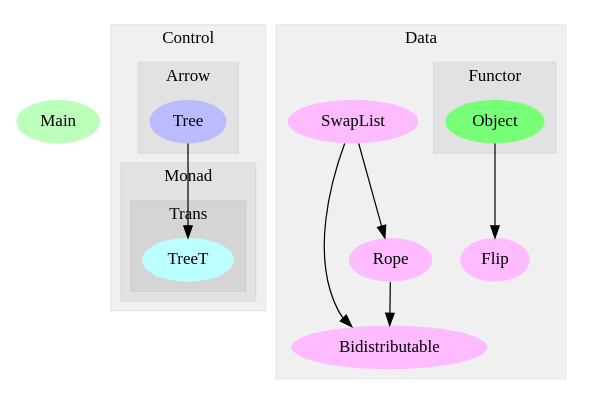
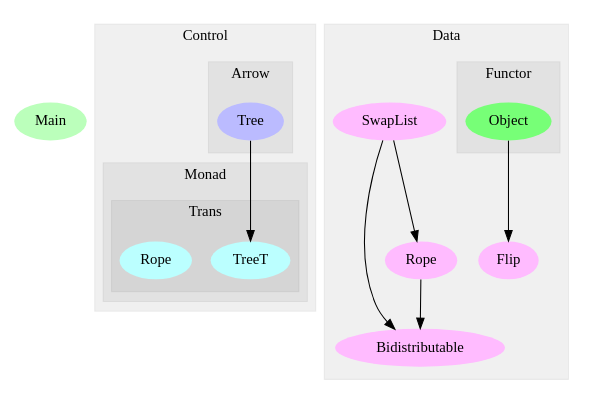
Before and after one commit to michaeljklein/flock-pieces-treet: the diagram in dependency_graph.dot, drawn with Graphviz. The commit also changed 62 other files, not shown here.

Commit message:
updated dep. graph, docs

```diff
--- a/dependency_graph.dot
+++ b/dependency_graph.dot
@@ -1,54 +1,55 @@
 digraph G {
 size="6,4";
 ratio="fill";
-u7[label="Main",style="filled",fillcolor="#bbffbb",penwidth="0"];
+u8[label="Main",style="filled",fillcolor="#bbffbb",penwidth="0"];
 subgraph cluster_0 {
 label="Control";
 color="#0000000F";
 style="filled";
 subgraph cluster_1 {
 label="Arrow";
 color="#0000000F";
 style="filled";
 u1[label="Tree",style="filled",fillcolor="#bbbbff",penwidth="0"];
 
 }
 subgraph cluster_2 {
 label="Monad";
 color="#0000000F";
 style="filled";
 subgraph cluster_3 {
 label="Trans";
 color="#0000000F";
 style="filled";
 u0[label="TreeT",style="filled",fillcolor="#bbffff",penwidth="0"];
+u2[label="Rope",style="filled",fillcolor="#bbffff",penwidth="0"];
 
 }
 
 }
 
 }
 subgraph cluster_4 {
 label="Data";
 color="#0000000F";
 style="filled";
-u2[label="Bidistributable",style="filled",fillcolor="#ffbbff",penwidth="0"];
-u3[label="Flip",style="filled",fillcolor="#ffbbff",penwidth="0"];
-u5[label="Rope",style="filled",fillcolor="#ffbbff",penwidth="0"];
-u6[label="SwapList",style="filled",fillcolor="#ffbbff",penwidth="0"];
+u3[label="Bidistributable",style="filled",fillcolor="#ffbbff",penwidth="0"];
+u4[label="Flip",style="filled",fillcolor="#ffbbff",penwidth="0"];
+u6[label="Rope",style="filled",fillcolor="#ffbbff",penwidth="0"];
+u7[label="SwapList",style="filled",fillcolor="#ffbbff",penwidth="0"];
 subgraph cluster_5 {
 label="Functor";
 color="#0000000F";
 style="filled";
-u4[label="Object",style="filled",fillcolor="#77ff77",penwidth="0"];
+u5[label="Object",style="filled",fillcolor="#77ff77",penwidth="0"];
 
 }
 
 }
 u1 -> u0;
-u4 -> u3;
-u5 -> u2;
-u6 -> u2;
-u6 -> u5;
+u5 -> u4;
+u6 -> u3;
+u7 -> u3;
+u7 -> u6;
 
 }
```
